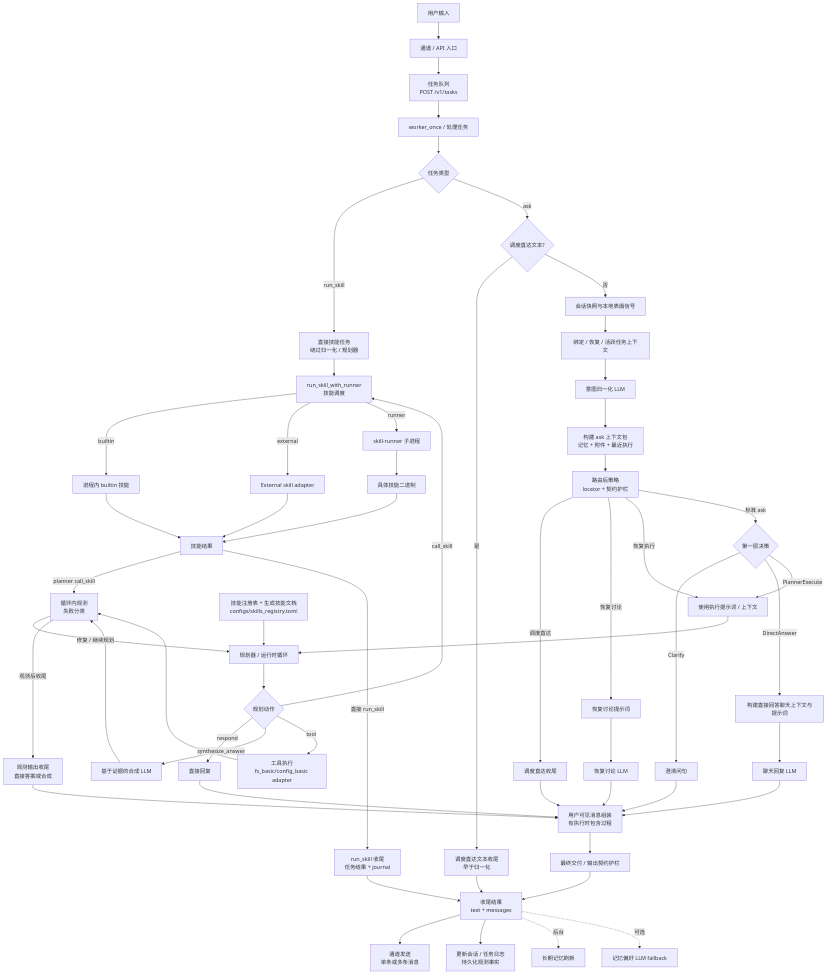
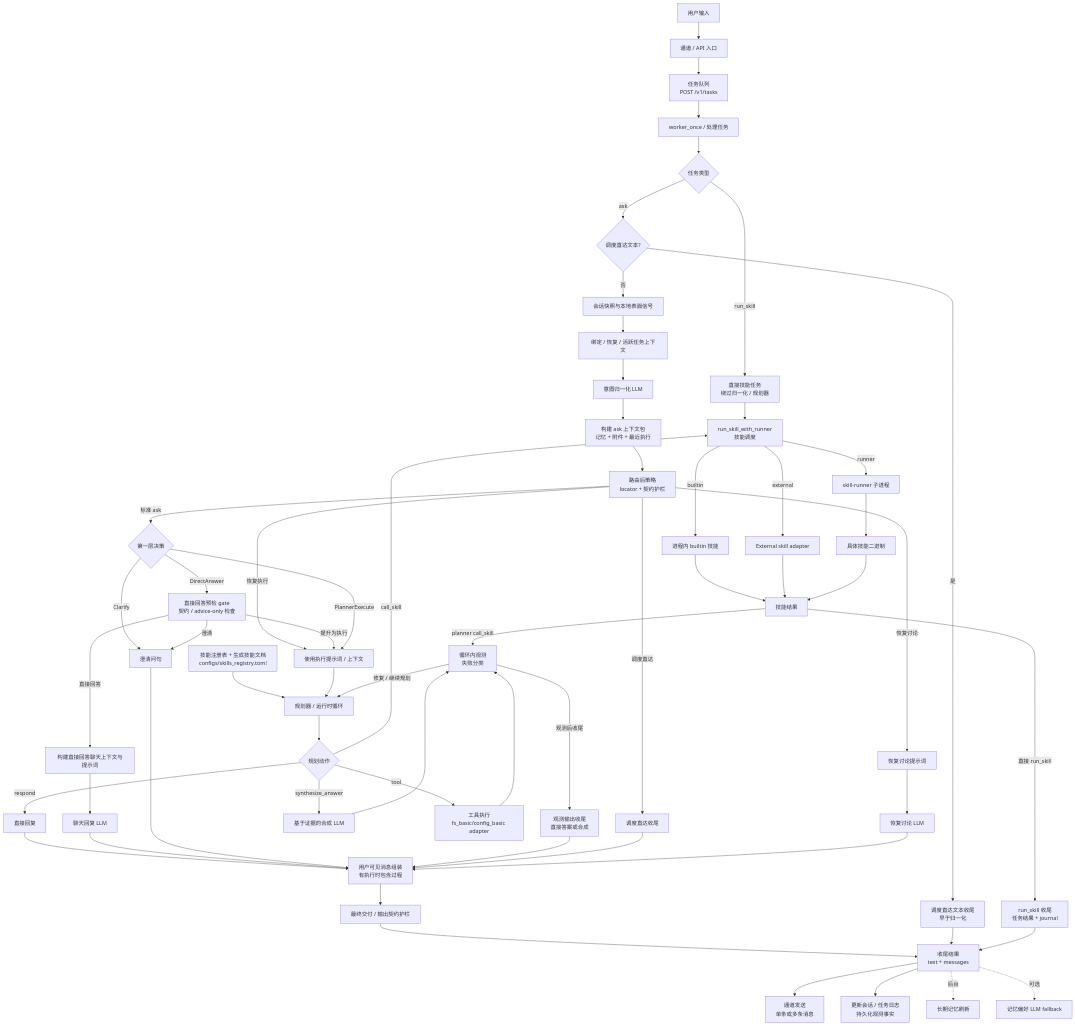
One commit to MatrixCoreX/RustClaw changed the first of 2 diagrams in README.zh-CN.md. Above: the diagram before and after it, drawn with Mermaid. The commit also changed other lines of this file and 1 other file, not shown here.

Commit message:
Update runtime flow docs

````diff
--- a/README.zh-CN.md
+++ b/README.zh-CN.md
@@ -28,59 +28,62 @@
 ```mermaid
 flowchart TD
     A[用户输入] --> B[通道 / API 入口]
     B --> B1[任务队列<br/>POST /v1/tasks]
     B1 --> B2[worker_once / 处理任务]
     B2 --> B3{任务类型}
     B3 -->|run_skill| RS[直接技能任务<br/>绕过归一化 / 规划器]
     B3 -->|ask| C0{调度直达文本?}
     C0 -->|是| SD0[调度直达文本收尾<br/>早于归一化]
     C0 -->|否| C[会话快照与本地表面信号]
     C --> D[绑定 / 恢复 / 活跃任务上下文]
     D --> E[意图归一化 LLM]
     E --> EC[构建 ask 上下文包<br/>记忆 + 附件 + 最近执行]
     EC --> E2[路由后策略<br/>locator + 契约护栏]
     E2 -->|调度直达| SD[调度直达收尾]
     E2 -->|恢复讨论| RD[恢复讨论提示词]
     E2 -->|恢复执行| H
     E2 -->|标准 ask| F{第一层决策}
     F -->|Clarify| G[澄清问句]
-    F -->|DirectAnswer| CH[构建直接回答聊天上下文与提示词]
+    F -->|DirectAnswer| DG[直接回答预检 gate<br/>契约 / advice-only 检查]
+    DG -->|直接回答| CH[构建直接回答聊天上下文与提示词]
+    DG -->|澄清| G
+    DG -->|提升为执行| H
     CH --> CR[聊天回复 LLM]
     F -->|PlannerExecute| H[使用执行提示词 / 上下文]
     SK[技能注册表 + 生成技能文档<br/>configs/skills_registry.toml] --> I
     H --> I[规划器 / 运行时循环]
     I --> L{规划动作}
     L -->|respond| M[直接回复]
     L -->|synthesize_answer| SS[基于证据的合成 LLM]
     L -->|tool| N[工具执行<br/>fs_basic/config_basic adapter]
     L -->|call_skill| N1[run_skill_with_runner<br/>技能调度]
     RS --> N1
     N1 -->|builtin| N1B[进程内 builtin 技能]
     N1 -->|external| N1E[External skill adapter]
     N1 -->|runner| N2[skill-runner 子进程]
     N2 --> N3[具体技能二进制]
     N1B --> SR[技能结果]
     N1E --> SR
     N3 --> SR
     SR -->|planner call_skill| P
     SR -->|直接 run_skill| RSK[run_skill 收尾<br/>任务结果 + journal]
     N --> P[循环内观测<br/>失败分类]
     SS --> P
     P -->|修复 / 继续规划| I
     P -->|观测后收尾| OF[观测输出收尾<br/>直接答案或合成]
     M --> VP[用户可见消息组装<br/>有执行时包含过程]
     CR --> VP
     G --> VP
     OF --> VP
     SD --> VP
     RD --> RDL[恢复讨论 LLM]
     RDL --> VP
     VP --> Q[最终交付 / 输出契约护栏]
     Q --> R[收尾结果<br/>text + messages]
     SD0 --> R
     RSK --> R
     R --> S[通道发送<br/>单条或多条消息]
     R --> T[更新会话 / 任务日志<br/>持久化观测事实]
     R -. 后台 .-> U[长期记忆刷新]
     R -. 可选 .-> V[记忆偏好 LLM fallback]
 ```
````
